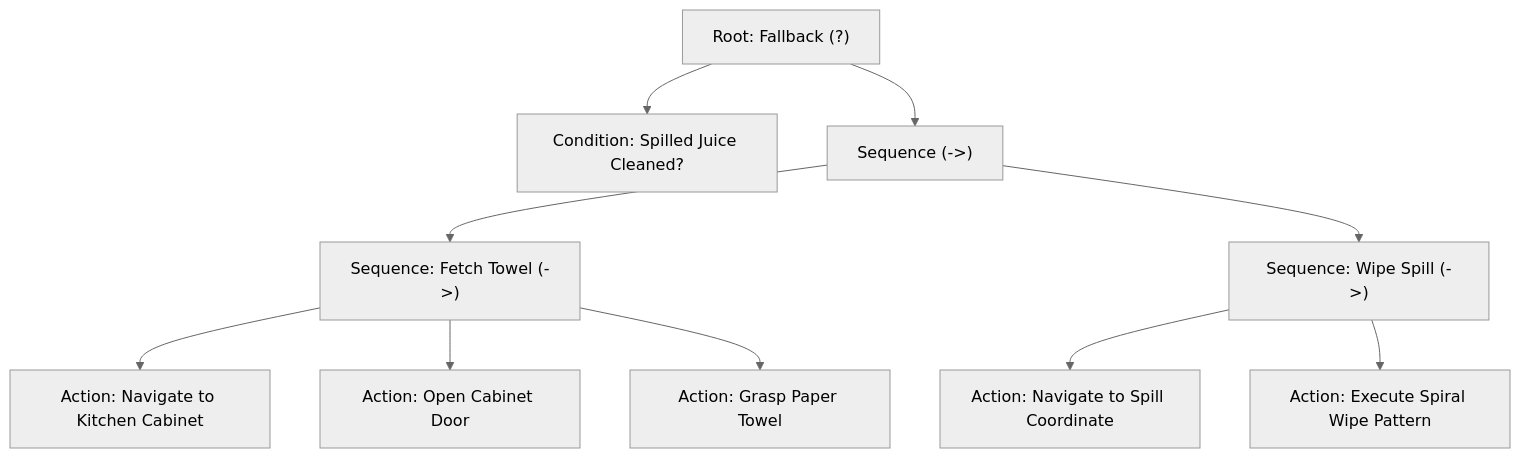
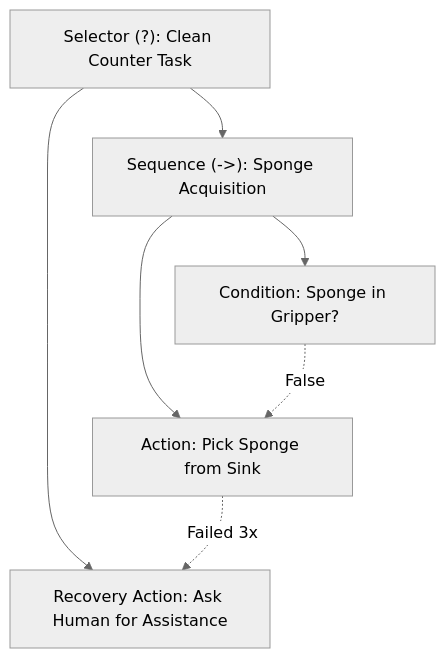
One commit to MudassirT/Physical-AI-Humanoid-Robotics changed the third of 3 diagrams in ai-book-docs/module4-vla/4-3-cognitive-planning-with-llms.mdx. Above: the diagram before and after it, drawn with Mermaid (neutral theme). The commit also changed other lines of this file and 2 other files, not shown here.

Commit message:
docs(module4): expand VLA architectures, voice pipelines, and cognitive LLM planners

````diff
--- a/ai-book-docs/module4-vla/4-3-cognitive-planning-with-llms.mdx
+++ b/ai-book-docs/module4-vla/4-3-cognitive-planning-with-llms.mdx
@@ -89,25 +116,11 @@
 ```mermaid
-graph TD
-    Root["Root: Fallback (?)"]
-    GoalCondition["Condition: Spilled Juice Cleaned?"]
-    SequenceTask["Sequence (->)"]
-    
-    Sub1["Sequence: Fetch Towel (->)"]
-    NavTowel["Action: Navigate to Kitchen Cabinet"]
-    OpenCab["Action: Open Cabinet Door"]
-    GraspTowel["Action: Grasp Paper Towel"]
-    
-    Sub2["Sequence: Wipe Spill (->)"]
-    NavSpill["Action: Navigate to Spill Coordinate"]
-    WipeSurface["Action: Execute Spiral Wipe Pattern"]
-    
-    Root --> GoalCondition
-    Root --> SequenceTask
-    SequenceTask --> Sub1
-    Sub1 --> NavTowel
-    Sub1 --> OpenCab
-    Sub1 --> GraspTowel
-    SequenceTask --> Sub2
-    Sub2 --> NavSpill
-    Sub2 --> WipeSurface
+flowchart TD
+    Root["Selector (?): Clean Counter Task"] --> Step1["Sequence (->): Sponge Acquisition"]
+    Root --> Fallback["Recovery Action: Ask Human for Assistance"]
+
+    Step1 --> CheckSponge["Condition: Sponge in Gripper?"]
+    Step1 --> PickSponge["Action: Pick Sponge from Sink"]
+
+    CheckSponge -.->|False| PickSponge
+    PickSponge -.->|Failed 3x| Fallback
 ```
````
